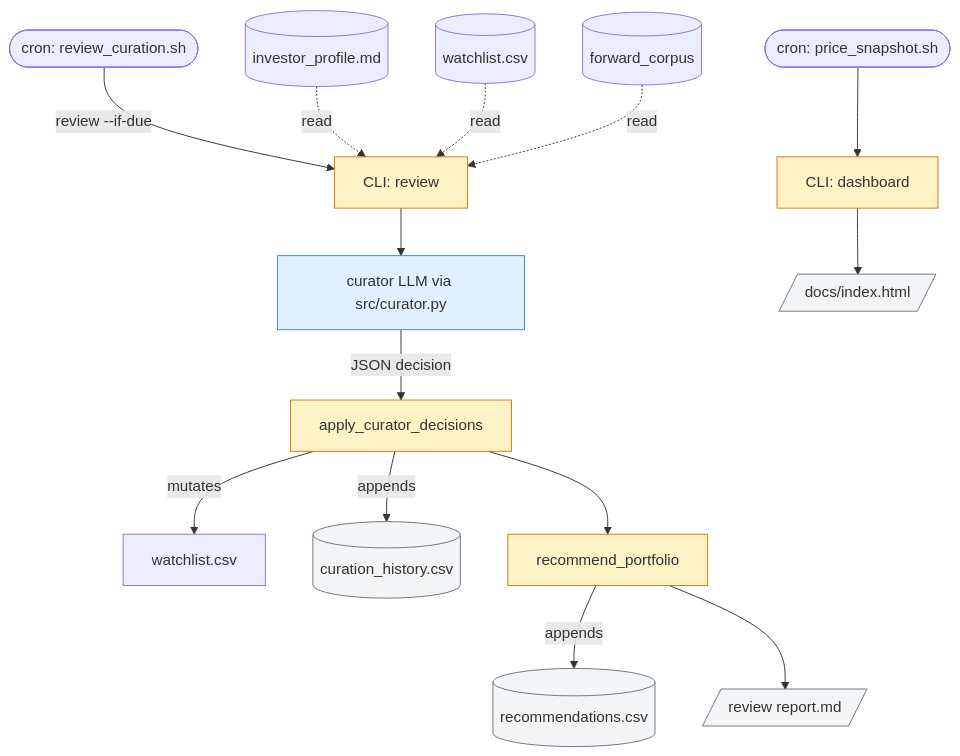
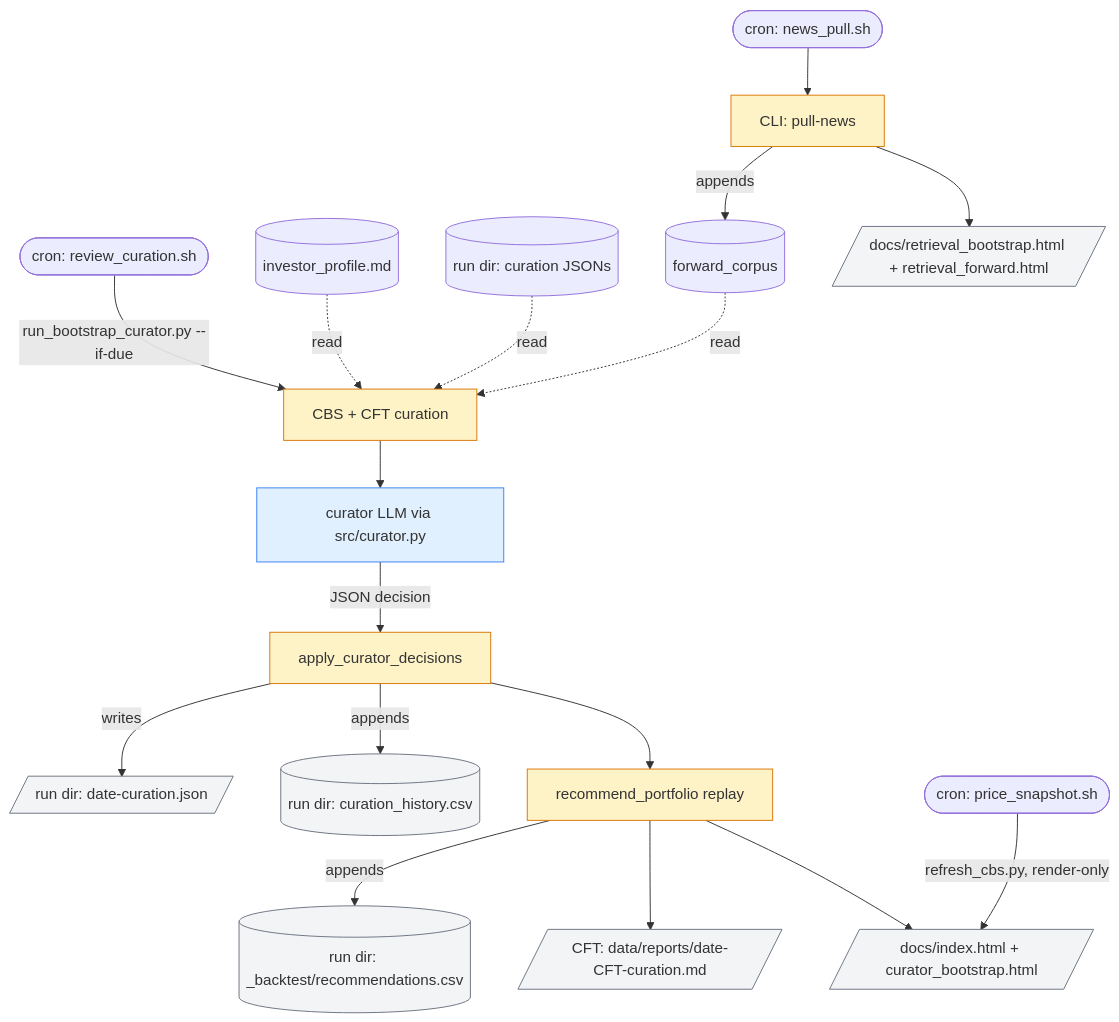
Before and after one commit to joehahn/portfolio-wave-rider: the diagram in REFERENCE.md, drawn with Mermaid. The commit also changed other lines of this file and 2 other files, not shown here.

Commit message:
Auto-push doc/dashboard changes

````diff
--- a/REFERENCE.md
+++ b/REFERENCE.md
@@ -160,23 +162,26 @@
 ```mermaid
 flowchart TD
-    cron([cron: review_curation.sh]) -->|review --if-due| review[CLI: review]
+    cron([cron: review_curation.sh]) -->|run_bootstrap_curator.py --if-due| review[CBS + CFT curation]
     profile[(investor_profile.md)] -.read.-> review
-    watchlist[(watchlist.csv)] -.read.-> review
+    watchlist[(run dir: curation JSONs)] -.read.-> review
     corpus[(forward_corpus)] -.read.-> review
     review --> curator[curator LLM via src/curator.py]
     curator -->|JSON decision| apply[apply_curator_decisions]
-    apply -->|mutates| watchlist_w[watchlist.csv]
-    apply -->|appends| history[(curation_history.csv)]
-    apply --> recommend[recommend_portfolio]
-    recommend -->|appends| recs[(recommendations.csv)]
-    recommend --> report[/review report.md/]
-    snapcron([cron: price_snapshot.sh]) --> dash[CLI: dashboard]
-    dash --> idx[/docs/index.html/]
+    apply -->|writes| watchlist_w[/run dir: date-curation.json/]
+    apply -->|appends| history[(run dir: curation_history.csv)]
+    apply --> recommend[recommend_portfolio replay]
+    recommend -->|appends| recs[(run dir: _backtest/recommendations.csv)]
+    recommend --> report[/CFT: data/reports/date-CFT-curation.md/]
+    recommend --> idx[/docs/index.html + curator_bootstrap.html/]
+    snapcron([cron: price_snapshot.sh]) -->|refresh_cbs.py, render-only| idx
+    newscron([cron: news_pull.sh]) --> pull[CLI: pull-news]
+    pull -->|appends| corpus
+    pull --> rdash[/docs/retrieval_bootstrap.html + retrieval_forward.html/]
 
     classDef agent fill:#e1f0ff,stroke:#3b82f6
     classDef cli fill:#fef3c7,stroke:#d97706
     classDef file fill:#f3f4f6,stroke:#6b7280
     class curator agent
-    class review,apply,recommend,dash cli
-    class report,idx,history,recs file
+    class review,apply,recommend,pull cli
+    class report,idx,rdash,history,recs,watchlist_w file
 ```
````
